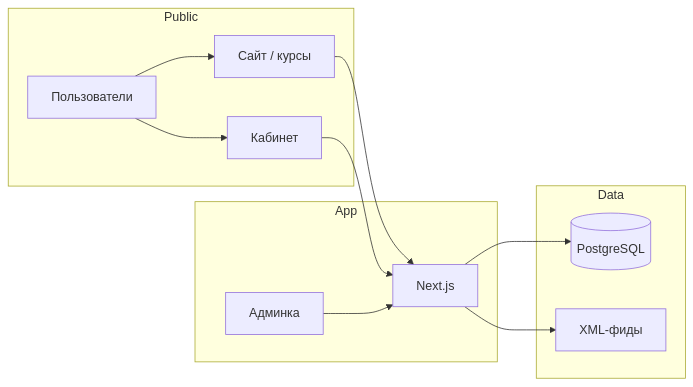
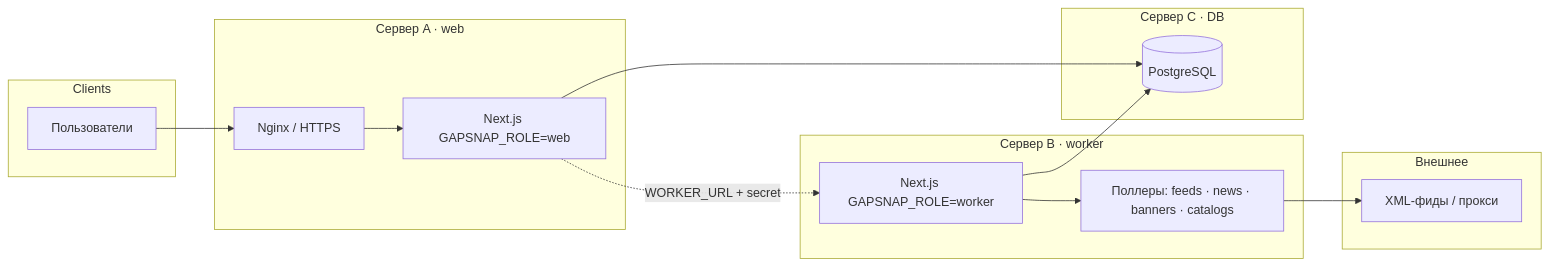
Before and after one commit to Quadart21/cryptocurrent_monitoring: the diagram in README.md, drawn with Mermaid. The commit also changed other lines of this file and 19 other files, not shown here.

Commit message:
Release v2.39.0: split GapSnap into web / worker / DB roles.

````diff
--- a/README.md
+++ b/README.md
@@ -100,23 +102,25 @@
 ```mermaid
 flowchart LR
-  subgraph Public
+  subgraph Clients
     U[Пользователи]
-    W[Сайт / курсы]
-    C[Кабинет]
   end
-  subgraph App
-    N[Next.js]
-    A[Админка]
+  subgraph Face["Сервер A · web"]
+    N[Next.js GAPSNAP_ROLE=web]
+    Ng[Nginx / HTTPS]
   end
-  subgraph Data
-    P[(PostgreSQL)]
-    F[XML-фиды]
+  subgraph Worker["Сервер B · worker"]
+    W[Next.js GAPSNAP_ROLE=worker]
+    P[Поллеры: feeds · news · banners · catalogs]
   end
-  U --> W
-  U --> C
-  W --> N
-  C --> N
-  A --> N
-  N --> P
-  N --> F
+  subgraph Data["Сервер C · DB"]
+    PG[(PostgreSQL)]
+  end
+  subgraph Ext[Внешнее]
+    F[XML-фиды / прокси]
+  end
+  U --> Ng --> N
+  N --> PG
+  W --> PG
+  N -.->|WORKER_URL + secret| W
+  W --> P --> F
 ```
````
